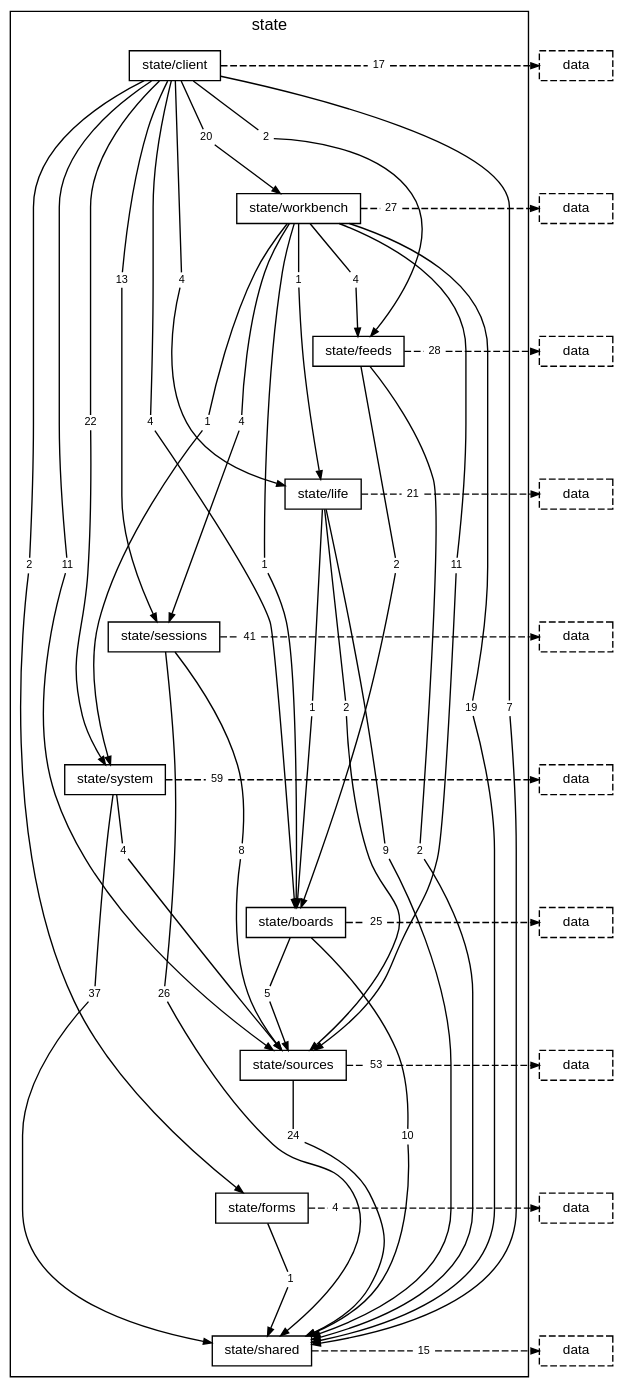
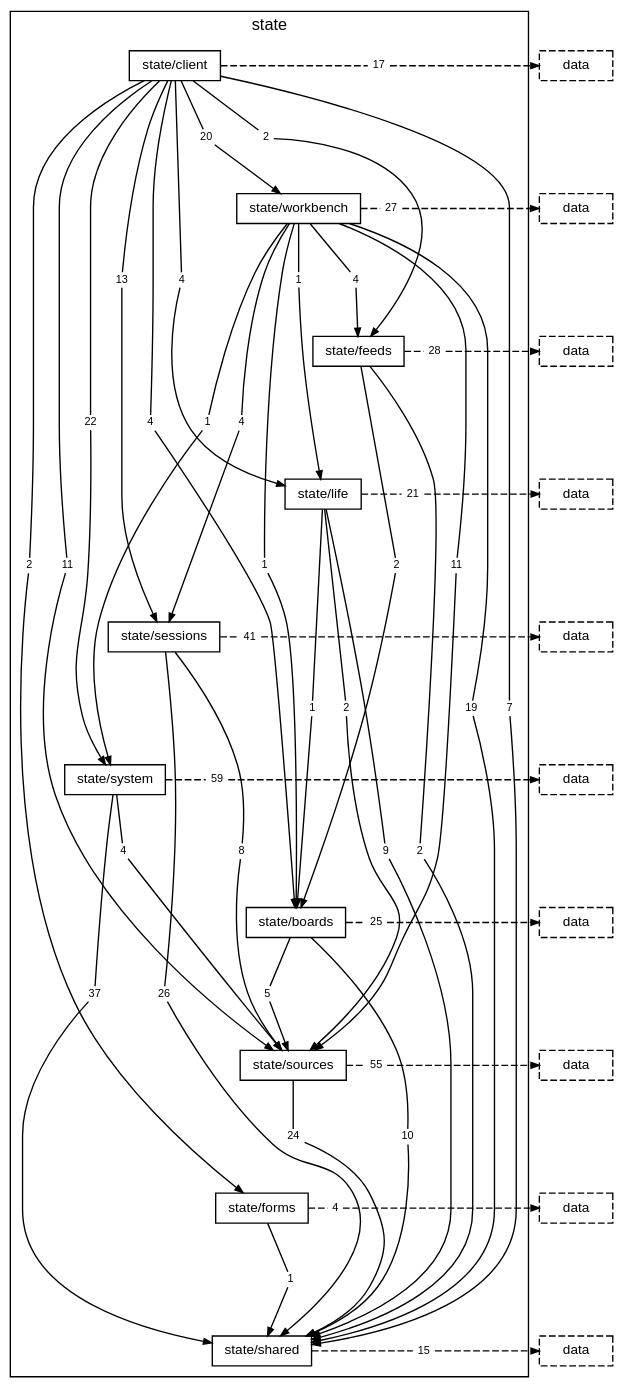
One commit to TheAxeC/oculus changed the diagram in docs/diagrams/layer-state.dot. Above: the diagram before and after it, drawn with Graphviz. The commit also changed 82 other files, not shown here.

```diff
--- a/docs/diagrams/layer-state.dot
+++ b/docs/diagrams/layer-state.dot
@@ -49,7 +49,7 @@
         "folder state/boards to folder state/sources" [label="5", shape=box, color="transparent", fontsize=8, width=0, height=0, margin="0.04,0.02"];
         "folder state/boards to layer data" [label="25", shape=box, color="transparent", fontsize=8, width=0, height=0, margin="0.04,0.02"];
         "folder state/sources to folder state/shared" [label="24", shape=box, color="transparent", fontsize=8, width=0, height=0, margin="0.04,0.02"];
-        "folder state/sources to layer data" [label="53", shape=box, color="transparent", fontsize=8, width=0, height=0, margin="0.04,0.02"];
+        "folder state/sources to layer data" [label="55", shape=box, color="transparent", fontsize=8, width=0, height=0, margin="0.04,0.02"];
         "folder state/forms to folder state/shared" [label="1", shape=box, color="transparent", fontsize=8, width=0, height=0, margin="0.04,0.02"];
         "folder state/forms to layer data" [label="4", shape=box, color="transparent", fontsize=8, width=0, height=0, margin="0.04,0.02"];
         "folder state/shared to layer data" [label="15", shape=box, color="transparent", fontsize=8, width=0, height=0, margin="0.04,0.02"];
```
